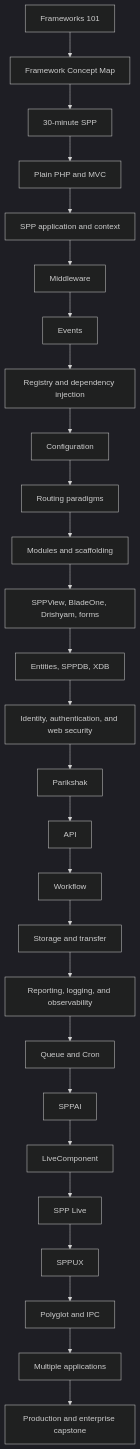
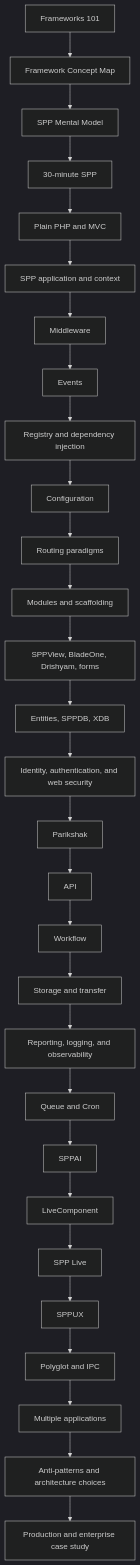
The diagram in documentation/handbook/README.md (shuklasp/spp), drawn with Mermaid (dark theme) before and after one commit. The commit also changed other lines of this file, not shown here.

Commit message:
Integrate final architecture-learning chapters

````diff
--- a/documentation/handbook/README.md
+++ b/documentation/handbook/README.md
@@ -152,29 +157,31 @@
 ```mermaid
 flowchart TD
     A[Frameworks 101] --> B[Framework Concept Map]
-    B --> C[30-minute SPP]
-    C --> D[Plain PHP and MVC]
-    D --> E[SPP application and context]
-    E --> F[Middleware]
-    F --> G[Events]
-    G --> H[Registry and dependency injection]
-    H --> I[Configuration]
-    I --> J[Routing paradigms]
-    J --> K[Modules and scaffolding]
-    K --> L[SPPView, BladeOne, Drishyam, forms]
-    L --> M[Entities, SPPDB, XDB]
-    M --> N[Identity, authentication, and web security]
-    N --> O[Parikshak]
-    O --> P[API]
-    P --> Q[Workflow]
-    Q --> R[Storage and transfer]
-    R --> S[Reporting, logging, and observability]
-    S --> T[Queue and Cron]
-    T --> U[SPPAI]
-    U --> V[LiveComponent]
-    V --> W[SPP Live]
-    W --> X[SPPUX]
-    X --> Y[Polyglot and IPC]
-    Y --> Z[Multiple applications]
-    Z --> AA[Production and enterprise capstone]
+    B --> C[SPP Mental Model]
+    C --> D[30-minute SPP]
+    D --> E[Plain PHP and MVC]
+    E --> F[SPP application and context]
+    F --> G[Middleware]
+    G --> H[Events]
+    H --> I[Registry and dependency injection]
+    I --> J[Configuration]
+    J --> K[Routing paradigms]
+    K --> L[Modules and scaffolding]
+    L --> M[SPPView, BladeOne, Drishyam, forms]
+    M --> N[Entities, SPPDB, XDB]
+    N --> O[Identity, authentication, and web security]
+    O --> P[Parikshak]
+    P --> Q[API]
+    Q --> R[Workflow]
+    R --> S[Storage and transfer]
+    S --> T[Reporting, logging, and observability]
+    T --> U[Queue and Cron]
+    U --> V[SPPAI]
+    V --> W[LiveComponent]
+    W --> X[SPP Live]
+    X --> Y[SPPUX]
+    Y --> Z[Polyglot and IPC]
+    Z --> AA[Multiple applications]
+    AA --> AB[Anti-patterns and architecture choices]
+    AB --> AC[Production and enterprise case study]
 ```
````
